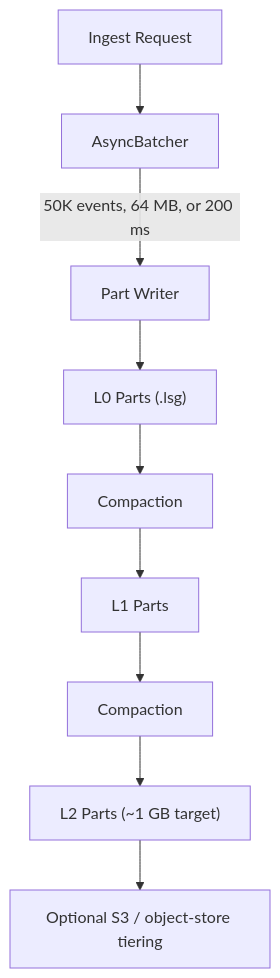
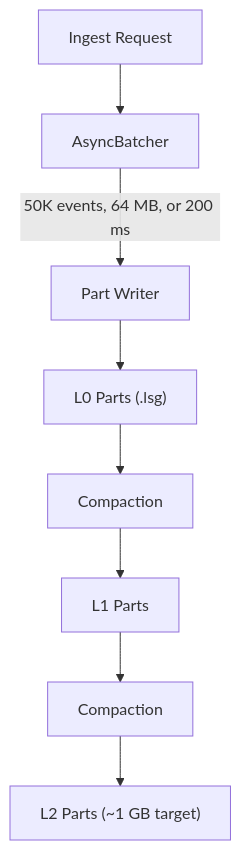
Before and after one commit to lynxbase/lynxdb: the diagram in docs/site/docs/architecture/storage-engine.md, drawn with Mermaid. The commit also changed other lines of this file and 79 other files, not shown here.

Commit message:
chore: delete tiering and the object store

````diff
--- a/docs/site/docs/architecture/storage-engine.md
+++ b/docs/site/docs/architecture/storage-engine.md
@@ -13,11 +13,10 @@
 ```mermaid
 flowchart TD
     A[Ingest Request] --> B[AsyncBatcher]
     B -->|"50K events, 64 MB, or 200 ms"| C[Part Writer]
     C --> D["L0 Parts (.lsg)"]
     D --> E[Compaction]
     E --> F["L1 Parts"]
     F --> G[Compaction]
     G --> H["L2 Parts (~1 GB target)"]
-    H --> I["Optional S3 / object-store tiering"]
 ```
````
